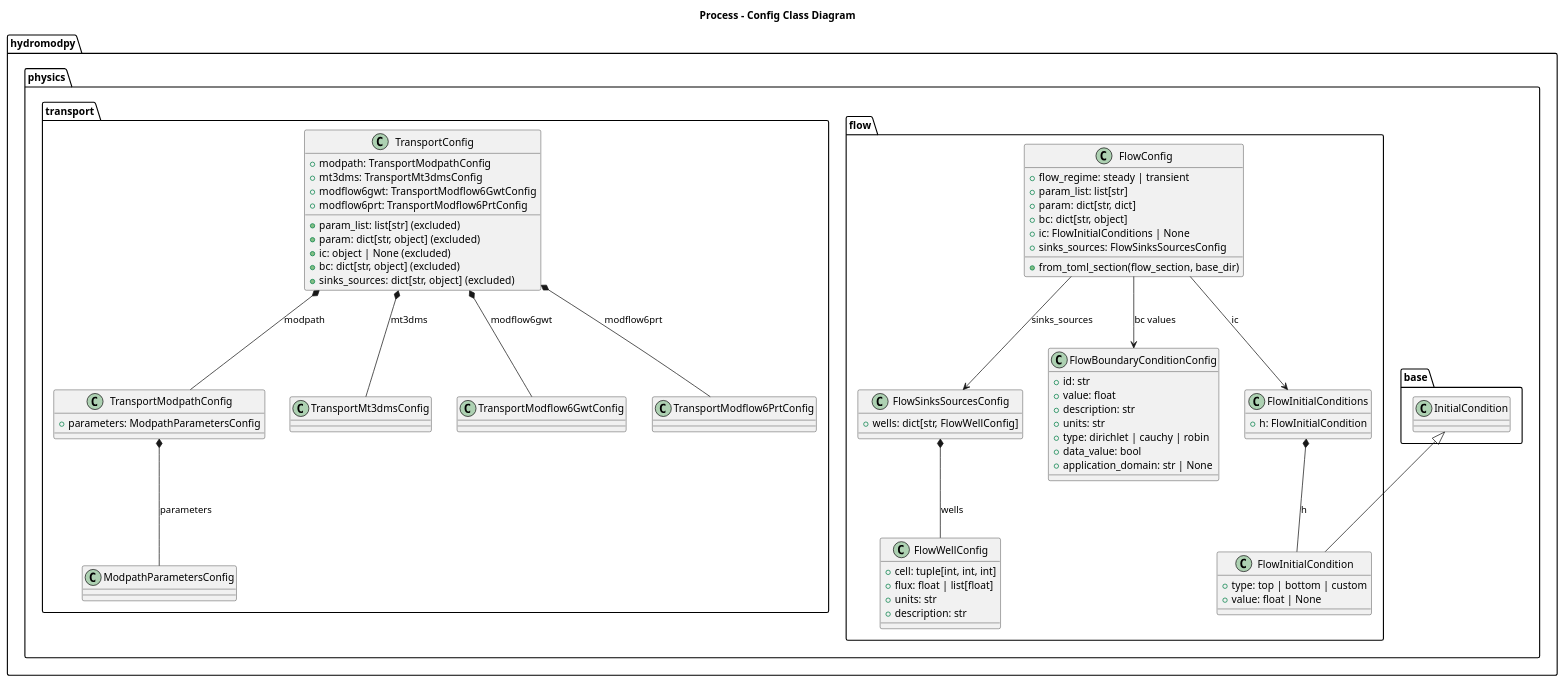
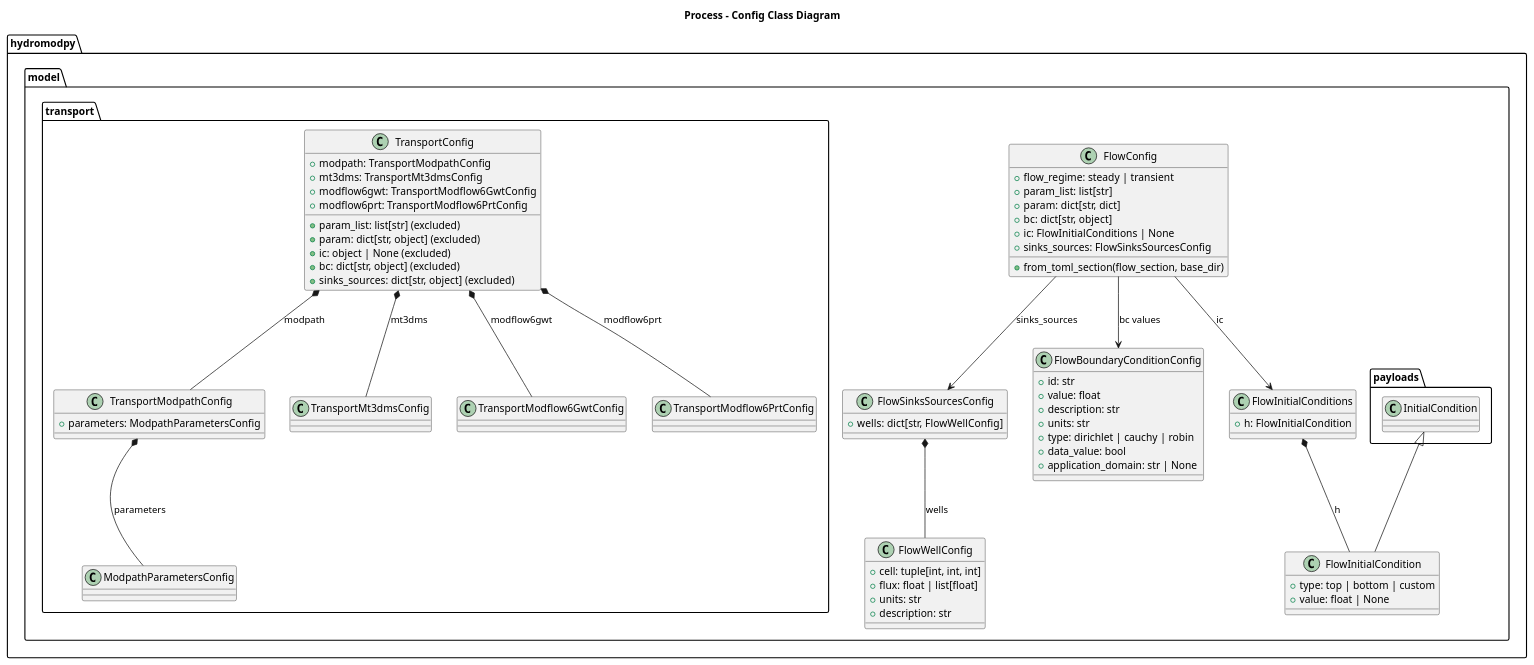
One commit to HydroModPy/HydroModPy changed the diagram in docs/source/contribute/architecture/process/diagrams/process_config_class.wsd. Above: the diagram before and after it, drawn with PlantUML. The commit also changed 795 other files, not shown here.

Commit message:
refactor(model): create model, dissolve physics and simulation

```diff
--- a/docs/source/contribute/architecture/process/diagrams/process_config_class.wsd
+++ b/docs/source/contribute/architecture/process/diagrams/process_config_class.wsd
@@ -1,81 +1,81 @@
 @startuml
 title Process - Config Class Diagram
 
-package "hydromodpy.physics.base" {
+package "hydromodpy.model.payloads" {
   class InitialCondition
 }
 
-package "hydromodpy.physics.flow" {
+package "hydromodpy.model" {
   class FlowConfig {
     +flow_regime: steady | transient
     +param_list: list[str]
     +param: dict[str, dict]
     +bc: dict[str, object]
     +ic: FlowInitialConditions | None
     +sinks_sources: FlowSinksSourcesConfig
     +from_toml_section(flow_section, base_dir)
   }
 
   class FlowInitialCondition {
     +type: top | bottom | custom
     +value: float | None
   }
   class FlowInitialConditions {
     +h: FlowInitialCondition
   }
   class FlowBoundaryConditionConfig {
     +id: str
     +value: float
     +description: str
     +units: str
     +type: dirichlet | cauchy | robin
     +data_value: bool
     +application_domain: str | None
   }
   class FlowWellConfig {
     +cell: tuple[int, int, int]
     +flux: float | list[float]
     +units: str
     +description: str
   }
   class FlowSinksSourcesConfig {
     +wells: dict[str, FlowWellConfig]
   }
 }
 
-package "hydromodpy.physics.transport" {
+package "hydromodpy.model.transport" {
   class TransportConfig {
     +modpath: TransportModpathConfig
     +mt3dms: TransportMt3dmsConfig
     +modflow6gwt: TransportModflow6GwtConfig
     +modflow6prt: TransportModflow6PrtConfig
     +param_list: list[str] (excluded)
     +param: dict[str, object] (excluded)
     +ic: object | None (excluded)
     +bc: dict[str, object] (excluded)
     +sinks_sources: dict[str, object] (excluded)
   }
 
   class TransportModpathConfig {
     +parameters: ModpathParametersConfig
   }
   class ModpathParametersConfig
   class TransportMt3dmsConfig
   class TransportModflow6GwtConfig
   class TransportModflow6PrtConfig
 }
 
 
 InitialCondition <|-- FlowInitialCondition
 FlowInitialConditions *-- FlowInitialCondition : h
 FlowConfig --> FlowInitialConditions : ic
 FlowConfig --> FlowBoundaryConditionConfig : bc values
 FlowConfig --> FlowSinksSourcesConfig : sinks_sources
 FlowSinksSourcesConfig *-- FlowWellConfig : wells
 
 TransportConfig *-- TransportModpathConfig : modpath
 TransportConfig *-- TransportMt3dmsConfig : mt3dms
 TransportConfig *-- TransportModflow6GwtConfig : modflow6gwt
 TransportConfig *-- TransportModflow6PrtConfig : modflow6prt
 TransportModpathConfig *-- ModpathParametersConfig : parameters
 @enduml
```
